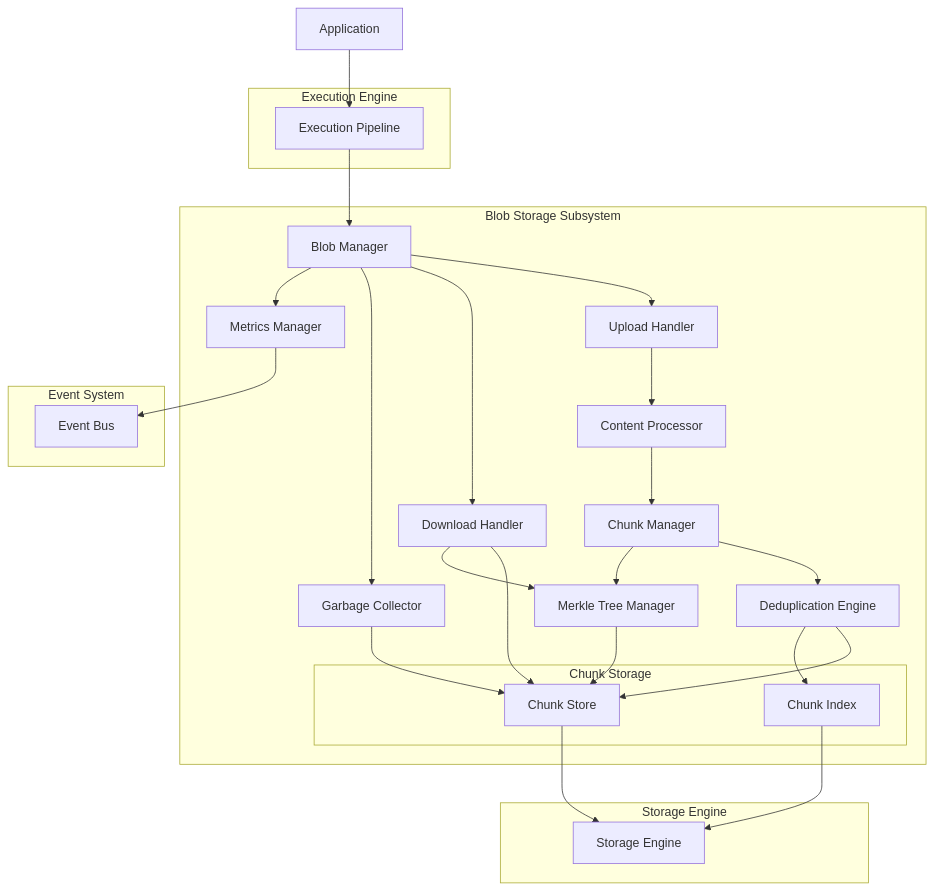
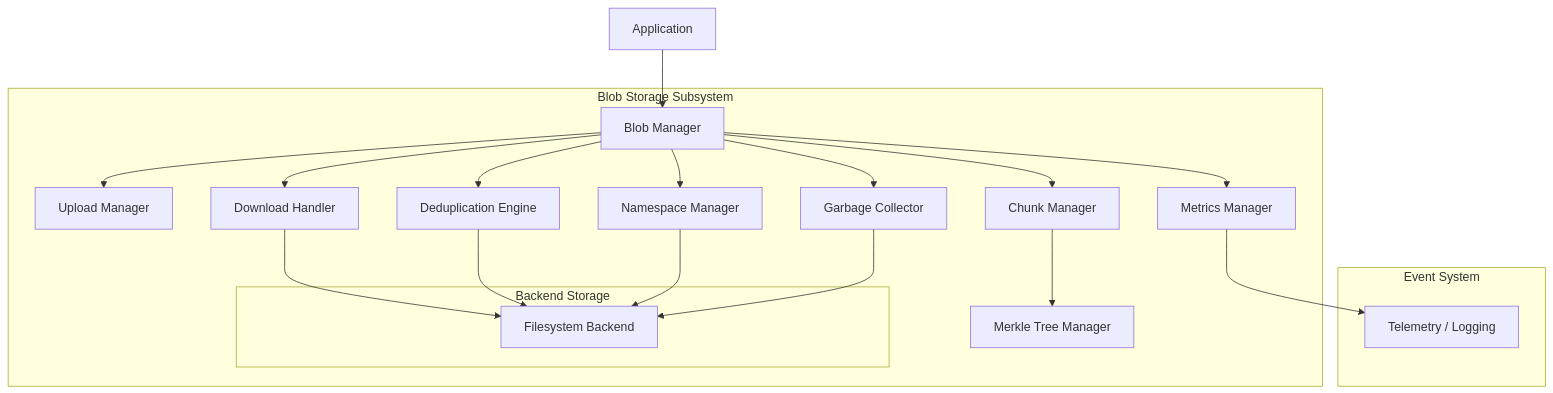
The first of 12 diagrams in docs/20-blob-storage.md (Icarus-afk/Nova-Runtime), drawn with Mermaid before and after one commit. The commit also changed other lines of this file and 7 other files, not shown here.

First line of the commit message:
Update architecture docs to match Phase 3 implementation

````diff
--- a/docs/20-blob-storage.md
+++ b/docs/20-blob-storage.md
@@ -57,51 +61,37 @@
 ```mermaid
 graph TD
     subgraph "Blob Storage Subsystem"
         BM[Blob Manager]
-        UH[Upload Handler]
+        UM[Upload Manager]
         DH[Download Handler]
-        CH[Chunk Manager]
-        CP[Content Processor]
+        CM[Chunk Manager]
         DE[Deduplication Engine]
         MT[Merkle Tree Manager]
         GC[Garbage Collector]
+        NSM[Namespace Manager]
         MM[Metrics Manager]
         
-        subgraph "Chunk Storage"
-            CS[Chunk Store]
-            CI[Chunk Index]
+        subgraph "Backend Storage"
+            FB[Filesystem Backend]
         end
     end
-    
-    subgraph "Storage Engine"
-        SE[Storage Engine]
-    end
-    
-    subgraph "Execution Engine"
-        EE[Execution Pipeline]
-    end
-    
+
     subgraph "Event System"
-        ES[Event Bus]
+        TL[Telemetry / Logging]
     end
 
-    App[Application] --> EE
-    EE --> BM
-    BM --> UH
+    App[Application] --> BM
+    BM --> UM
     BM --> DH
-    UH --> CP
-    CP --> CH
-    CH --> DE
-    DE --> CS
-    DE --> CI
-    CS --> SE
-    CI --> SE
-    CH --> MT
-    MT --> CS
-    DH --> CS
-    DH --> MT
+    BM --> CM
+    BM --> DE
     BM --> GC
-    GC --> CS
+    BM --> NSM
     BM --> MM
-    MM --> ES
+    CM --> MT
+    DH --> FB
+    DE --> FB
+    NSM --> FB
+    GC --> FB
+    MM --> TL
 ```
````
